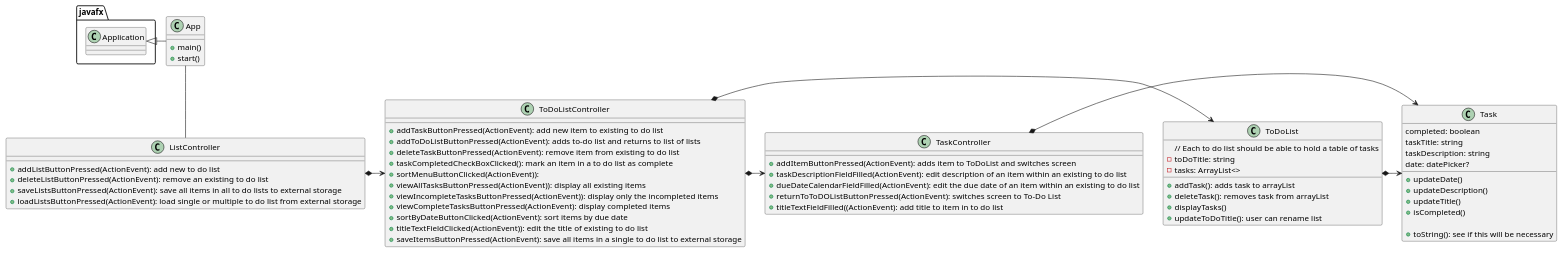
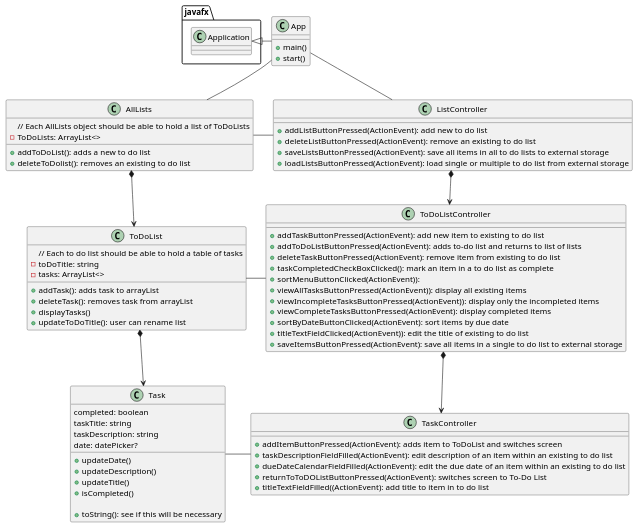
One commit to savosburn/To-Do-List-with-GUI-Planning changed the diagram in uml/ToDoList.puml. Above: the diagram before and after it, drawn with PlantUML. The commit also changed 2 other files, not shown here.

Commit message:
added AllLists class, test case, and updated puml

```diff
--- a/uml/ToDoList.puml
+++ b/uml/ToDoList.puml
@@ -1,72 +1,91 @@
 @startuml
 'https://plantuml.com/sequence-diagram
 
 class App {
     + main()
     + start()
+}
+
+class AllLists {
+    // Each AllLists object should be able to hold a list of ToDoLists
+    - ToDoLists: ArrayList<>
+
+    + addToDoList(): adds a new to do list
+    + deleteToDolist(): removes an existing to do list
 }
 
 class ToDoList {
     // Each to do list should be able to hold a table of tasks
     - toDoTitle: string
     - tasks: ArrayList<>
 
     + addTask(): adds task to arrayList
     + deleteTask(): removes task from arrayList
     + displayTasks()
     + updateToDoTitle(): user can rename list
 
 }
 
 class Task {
     completed: boolean
     taskTitle: string
     taskDescription: string
     date: datePicker?
 
     + updateDate()
     + updateDescription()
     + updateTitle()
     + isCompleted()
 
     + toString(): see if this will be necessary
 }
 
 class ListController {
     + addListButtonPressed(ActionEvent): add new to do list
     + deleteListButtonPressed(ActionEvent): remove an existing to do list
     + saveListsButtonPressed(ActionEvent): save all items in all to do lists to external storage
     + loadListsButtonPressed(ActionEvent): load single or multiple to do list from external storage
 }
 
 class ToDoListController {
     + addTaskButtonPressed(ActionEvent): add new item to existing to do list
     + addToDoListButtonPressed(ActionEvent): adds to-do list and returns to list of lists
     + deleteTaskButtonPressed(ActionEvent): remove item from existing to do list
     + taskCompletedCheckBoxClicked(): mark an item in a to do list as complete
     + sortMenuButtonClicked(ActionEvent)):
         + viewAllTasksButtonPressed(ActionEvent)): display all existing items
         + viewIncompleteTasksButtonPressed(ActionEvent)): display only the incompleted items
         + viewCompleteTasksButtonPressed(ActionEvent): display completed items
     + sortByDateButtonClicked(ActionEvent): sort items by due date
     + titleTextFieldClicked(ActionEvent)): edit the title of existing to do list
     + saveItemsButtonPressed(ActionEvent): save all items in a single to do list to external storage
 }
 
 class TaskController {
     + addItemButtonPressed(ActionEvent): adds item to ToDoList and switches screen
     + taskDescriptionFieldFilled(ActionEvent): edit description of an item within an existing to do list
     + dueDateCalendarFieldFilled(ActionEvent): edit the due date of an item within an existing to do list
     + returnToToDOListButtonPressed(ActionEvent): switches screen to To-Do List
     + titleTextFieldFilled((ActionEvent): add title to item in to do list
 }
 
+
+
+
 javafx.Application <|- App
 App -- ListController
-ListController *-> ToDoListController
-ToDoListController *-> ToDoList
-ToDoListController *-> TaskController
-TaskController *-> Task
-ToDoList *-> Task
+App -- AllLists
+ListController *--> ToDoListController
+ToDoListController *--> TaskController
+AllLists *--> ToDoList
+ToDoList *--> Task
+AllLists - ListController
+ToDoList - ToDoListController
+Task - TaskController
+
+
+
+
+
 
 @enduml
```
